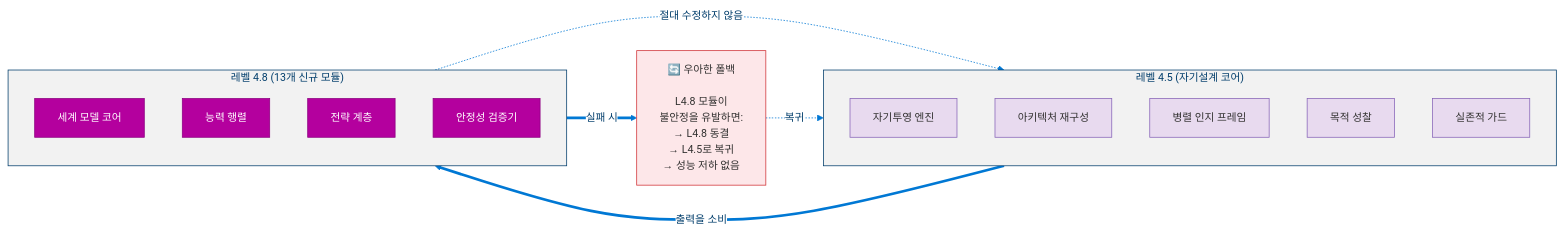
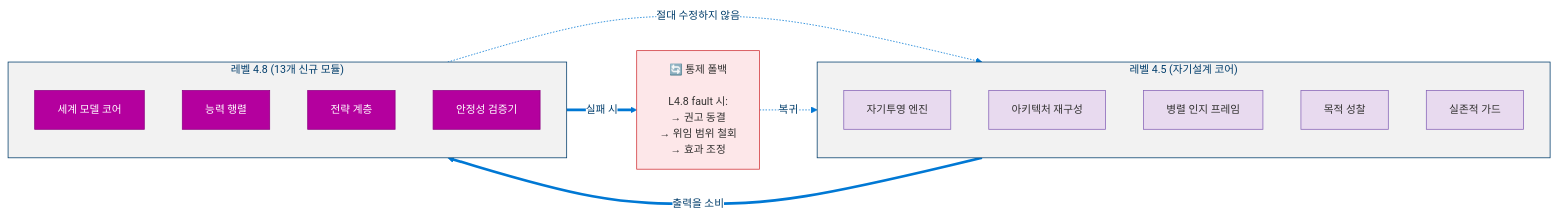
One commit to dotnetpower/mscp changed the second of 17 diagrams in docs/levels/Level_4_8_Strategic_Self_Modeling.ko.md. Above: the diagram before and after it, drawn with Mermaid. The commit also changed other lines of this file and 21 other files, not shown here.

````diff
--- a/docs/levels/Level_4_8_Strategic_Self_Modeling.ko.md
+++ b/docs/levels/Level_4_8_Strategic_Self_Modeling.ko.md
@@ -119,29 +126,29 @@
 ```mermaid
 %%{init: {'theme': 'base', 'themeVariables': {'primaryColor': '#0078D4', 'primaryTextColor': '#003D6B', 'primaryBorderColor': '#003D6B', 'secondaryColor': '#50E6FF', 'secondaryTextColor': '#323130', 'secondaryBorderColor': '#00BCF2', 'tertiaryColor': '#F2F2F2', 'tertiaryTextColor': '#323130', 'lineColor': '#0078D4', 'textColor': '#323130', 'mainBkg': '#DEECF9', 'nodeBorder': '#0078D4', 'clusterBkg': '#F2F2F2', 'clusterBorder': '#003D6B', 'titleColor': '#003D6B', 'edgeLabelBackground': '#FFFFFF', 'fontSize': '14px'}}}%%
 flowchart LR
   classDef l45 fill:#E8DAEF,stroke:#8764B8,color:#323130
   classDef l48 fill:#B4009E,stroke:#8E0082,color:#FFF
   classDef fallback fill:#FDE7E9,stroke:#D13438,color:#323130
 
   subgraph L45["레벨 4.5 (자기설계 코어)"]
     L45A["자기투영 엔진"]:::l45
     L45B["아키텍처 재구성"]:::l45
     L45C["병렬 인지 프레임"]:::l45
     L45D["목적 성찰"]:::l45
     L45E["실존적 가드"]:::l45
   end
 
   subgraph L48["레벨 4.8 (13개 신규 모듈)"]
     L48A["세계 모델 코어"]:::l48
     L48B["능력 행렬"]:::l48
     L48C["전략 계층"]:::l48
     L48D["안정성 검증기"]:::l48
   end
 
-  FALLBACK["🔄 우아한 폴백<br/><br/>L4.8 모듈이<br/>불안정을 유발하면:<br/>→ L4.8 동결<br/>→ L4.5로 복귀<br/>→ 성능 저하 없음"]:::fallback
+  FALLBACK["🔄 통제 폴백<br/><br/>L4.8 fault 시:<br/>→ 권고 동결<br/>→ 위임 범위 철회<br/>→ 효과 조정"]:::fallback
 
   L45 ==>|"출력을 소비"| L48
   L48 -.->|"절대 수정하지 않음"| L45
   L48 ==>|"실패 시"| FALLBACK
   FALLBACK -.->|"복귀"| L45
 ```
````
